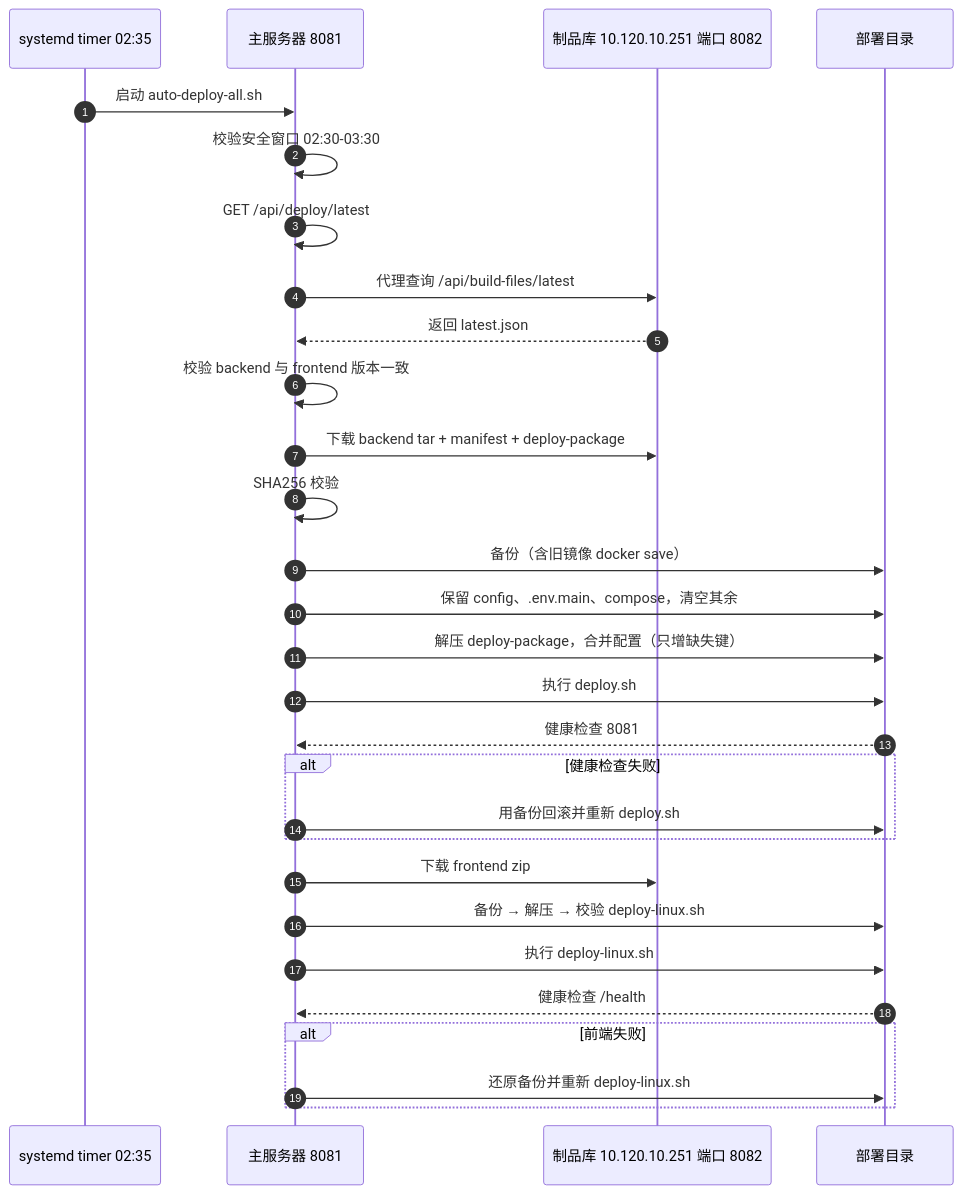
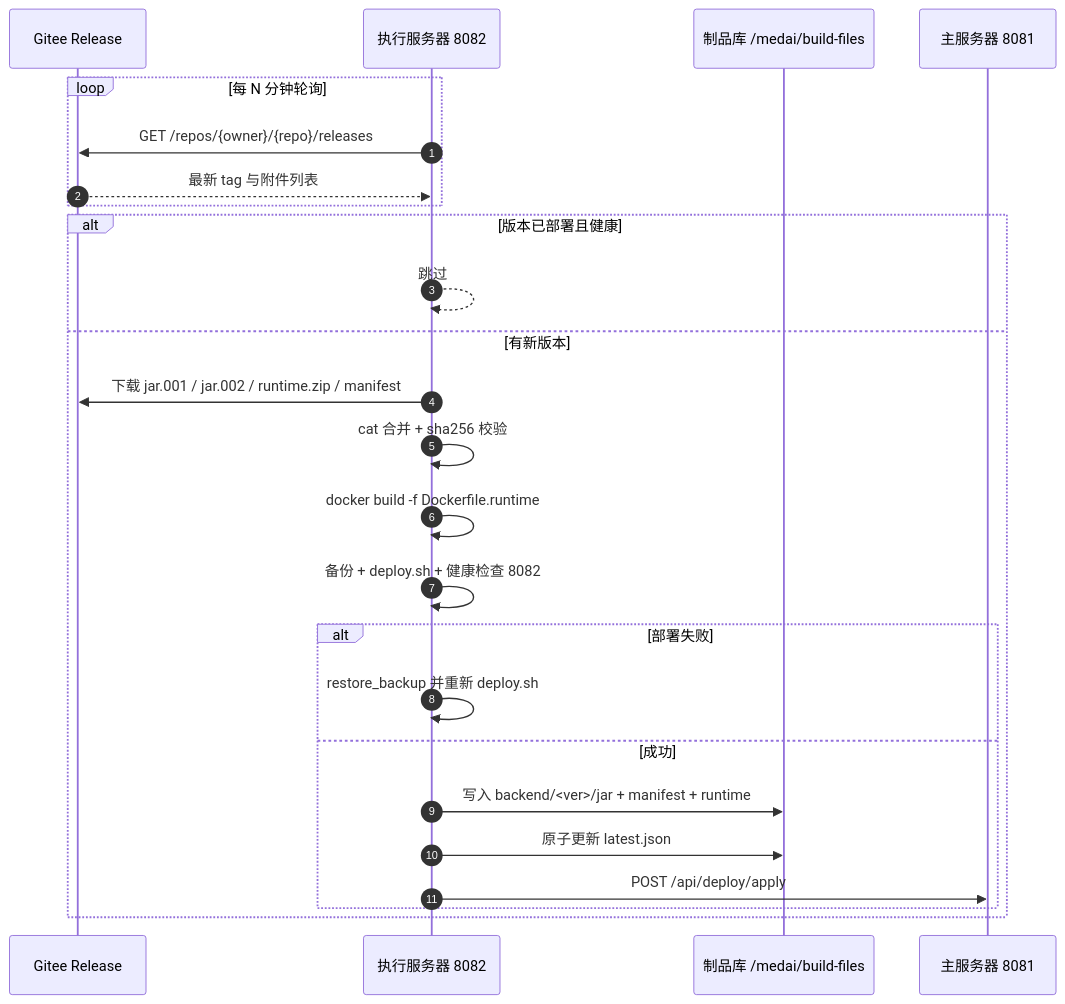
Before and after one commit to liuzh2008/med_ai_assistant_workspace: the second of 3 diagrams in doc/部署流程/自动部署链路改造设计-20261104.md, drawn with Mermaid. The commit also changed other lines of this file, not shown here.

First line of the commit message:
docs(部署): 自动部署链路设计 v2（Gitee 构建 + jar 分卷 + 生产侧 docker build）

````diff
--- a/doc/部署流程/自动部署链路改造设计-20261104.md
+++ b/doc/部署流程/自动部署链路改造设计-20261104.md
@@ -101,31 +93,27 @@
 ```mermaid
 sequenceDiagram
     autonumber
-    participant T as systemd timer 02:35
-    participant M as 主服务器 8081
-    participant B as 制品库 10.120.10.251 端口 8082
-    participant D as 部署目录
-    T->>M: 启动 auto-deploy-all.sh
-    M->>M: 校验安全窗口 02:30-03:30
-    M->>M: GET /api/deploy/latest
-    M->>B: 代理查询 /api/build-files/latest
-    B-->>M: 返回 latest.json
-    M->>M: 校验 backend 与 frontend 版本一致
-    M->>B: 下载 backend tar + manifest + deploy-package
-    M->>M: SHA256 校验
-    M->>D: 备份（含旧镜像 docker save）
-    M->>D: 保留 config、.env.main、compose，清空其余
-    M->>D: 解压 deploy-package，合并配置（只增缺失键）
-    M->>D: 执行 deploy.sh
-    D-->>M: 健康检查 8081
-    alt 健康检查失败
-        M->>D: 用备份回滚并重新 deploy.sh
+    participant G as Gitee Release
+    participant E as 执行服务器 8082
+    participant B as 制品库 /medai/build-files
+    participant C as 主服务器 8081
+    loop 每 N 分钟轮询
+        E->>G: GET /repos/{owner}/{repo}/releases
+        G-->>E: 最新 tag 与附件列表
     end
-    M->>B: 下载 frontend zip
-    M->>D: 备份 → 解压 → 校验 deploy-linux.sh
-    M->>D: 执行 deploy-linux.sh
-    D-->>M: 健康检查 /health
-    alt 前端失败
-        M->>D: 还原备份并重新 deploy-linux.sh
+    alt 版本已部署且健康
+        E-->>E: 跳过
+    else 有新版本
+        E->>G: 下载 jar.001 / jar.002 / runtime.zip / manifest
+        E->>E: cat 合并 + sha256 校验
+        E->>E: docker build -f Dockerfile.runtime
+        E->>E: 备份 + deploy.sh + 健康检查 8082
+        alt 部署失败
+            E->>E: restore_backup 并重新 deploy.sh
+        else 成功
+            E->>B: 写入 backend/<ver>/jar + manifest + runtime
+            E->>B: 原子更新 latest.json
+            E->>C: POST /api/deploy/apply
+        end
     end
 ```
````
